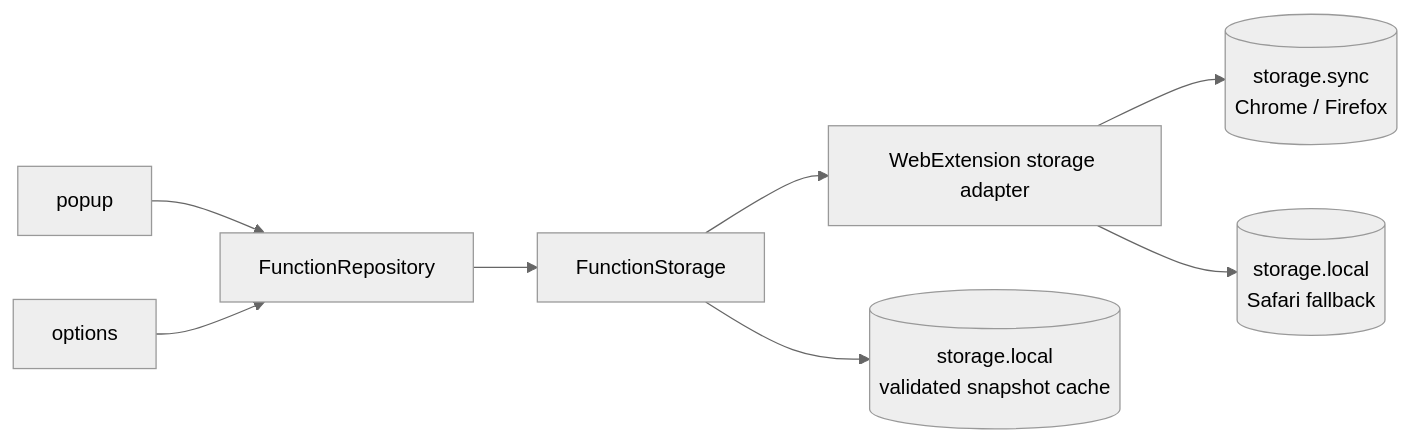
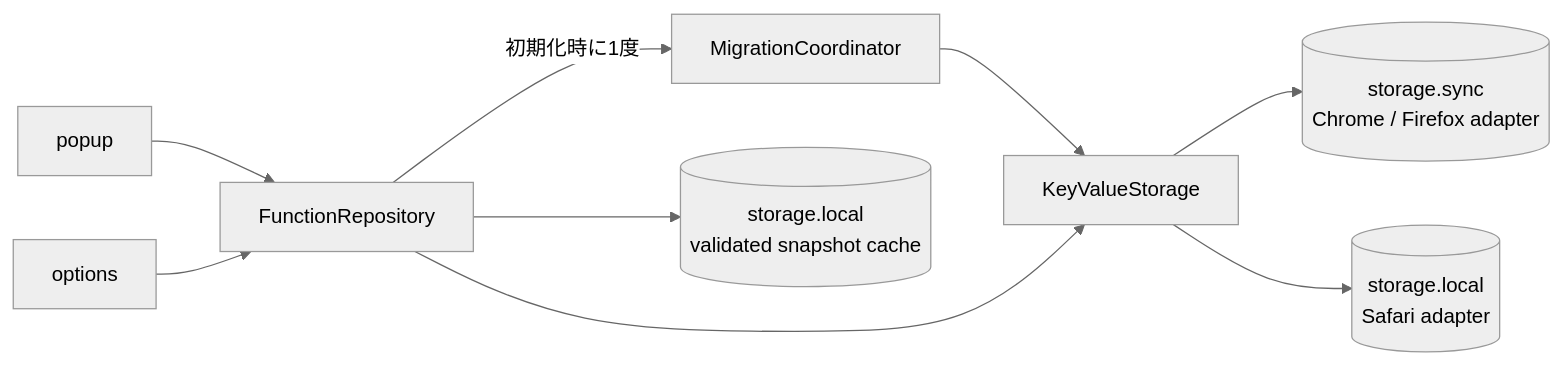
Before and after one commit to pokutuna/chrome-cocopy: the third of 5 diagrams in docs/function-storage.md, drawn with Mermaid (neutral theme). The commit also changed other lines of this file and 54 other files, not shown here.

First line of the commit message:
feat: replace the legacy functions array with FunctionStore (#199)

````diff
--- a/docs/function-storage.md
+++ b/docs/function-storage.md
@@ -89,10 +184,11 @@
 ```mermaid
 flowchart LR
   Popup[popup] --> Repository[FunctionRepository]
   Options[options] --> Repository
-  Repository --> Store[FunctionStorage]
-  Store --> Adapter[WebExtension storage adapter]
-  Adapter --> Sync[(storage.sync<br/>Chrome / Firefox)]
-  Adapter --> SafariLocal[(storage.local<br/>Safari fallback)]
-  Store --> Cache[(storage.local<br/>validated snapshot cache)]
+  Repository -- 初期化時に1度 --> Migration[MigrationCoordinator]
+  Migration --> Store[KeyValueStorage]
+  Repository --> Store
+  Store --> Sync[(storage.sync<br/>Chrome / Firefox adapter)]
+  Store --> SafariLocal[(storage.local<br/>Safari adapter)]
+  Repository --> Cache[(storage.local<br/>validated snapshot cache)]
 ```
````
